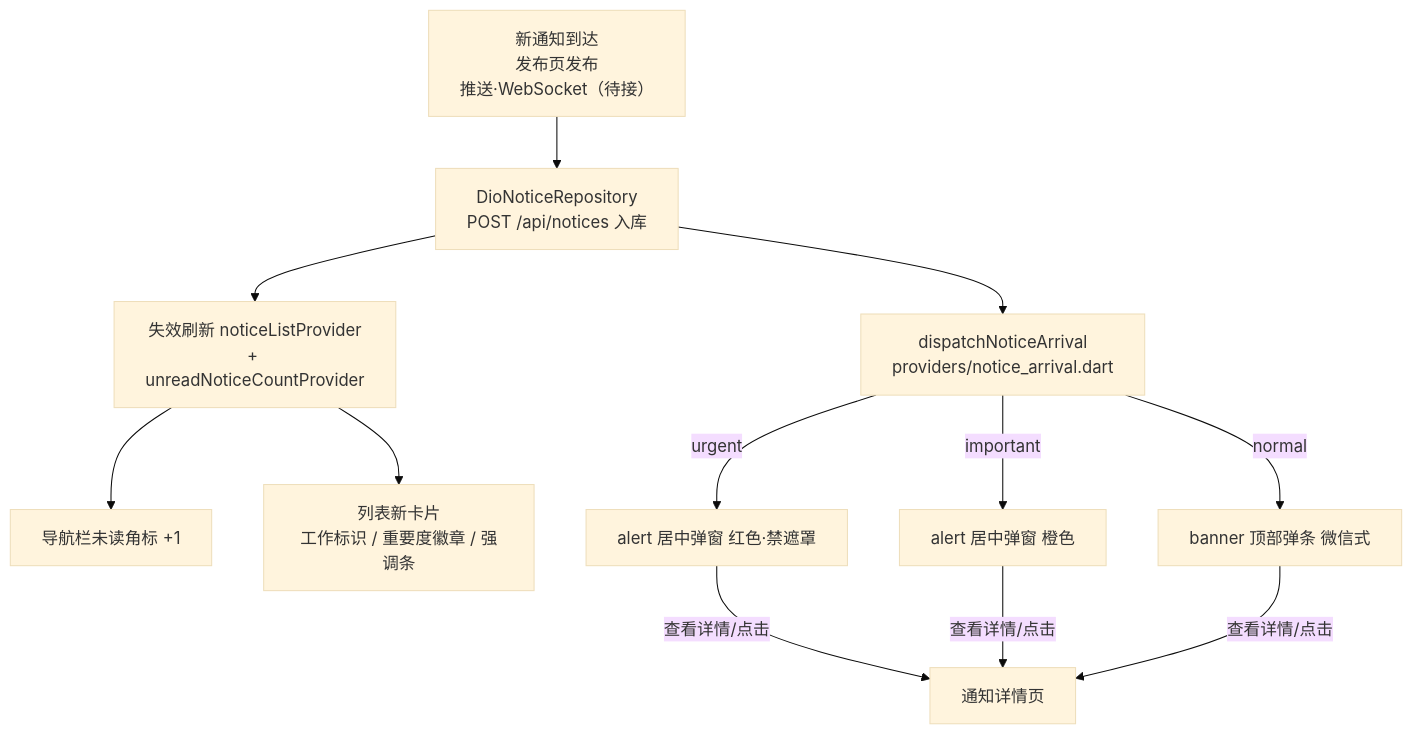
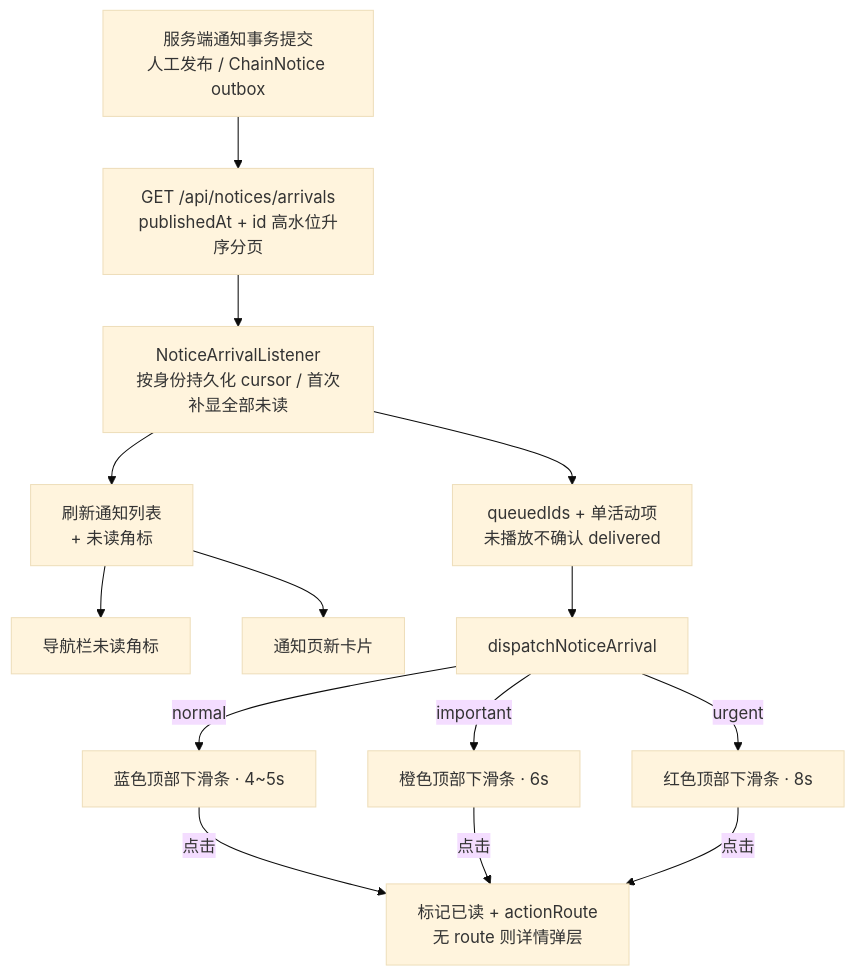
Before and after one commit to BruceChu0424/utenelec_imp: the diagram in docs/02-组件库/UtenNotify.md, drawn with Mermaid (base theme). The commit also changed other lines of this file and 796 other files, not shown here.

````diff
--- a/docs/02-组件库/UtenNotify.md
+++ b/docs/02-组件库/UtenNotify.md
@@ -197,12 +199,14 @@
 ```mermaid
 flowchart TD
-    T[新通知到达<br/>发布页发布<br/>推送·WebSocket（待接）] --> REPO[DioNoticeRepository<br/>POST /api/notices 入库]
-    REPO --> INV[失效刷新 noticeListProvider<br/>+ unreadNoticeCountProvider]
-    INV --> BADGE[导航栏未读角标 +1]
-    INV --> LIST[列表新卡片<br/>工作标识 / 重要度徽章 / 强调条]
-    REPO --> DISP[dispatchNoticeArrival<br/>providers/notice_arrival.dart]
-    DISP -->|urgent| A1[alert 居中弹窗 红色·禁遮罩]
-    DISP -->|important| A2[alert 居中弹窗 橙色]
-    DISP -->|normal| B1[banner 顶部弹条 微信式]
-    A1 & A2 & B1 -->|查看详情/点击| DETAIL[通知详情页]
+    T[服务端通知事务提交<br/>人工发布 / ChainNotice outbox] --> FEED[GET /api/notices/arrivals<br/>publishedAt + id 高水位升序分页]
+    FEED --> BASE[NoticeArrivalListener<br/>按身份持久化 cursor / 首次补显全部未读]
+    BASE --> INV[刷新通知列表<br/>+ 未读角标]
+    INV --> BADGE[导航栏未读角标]
+    INV --> LIST[通知页新卡片]
+    BASE --> QUEUE[queuedIds + 单活动项<br/>未播放不确认 delivered]
+    QUEUE --> DISP[dispatchNoticeArrival]
+    DISP -->|normal| B1[蓝色顶部下滑条 · 4~5s]
+    DISP -->|important| B2[橙色顶部下滑条 · 6s]
+    DISP -->|urgent| B3[红色顶部下滑条 · 8s]
+    B1 & B2 & B3 -->|点击| DETAIL[标记已读 + actionRoute<br/>无 route 则详情弹层]
 ```
````
